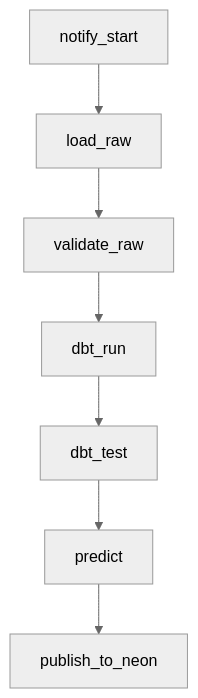
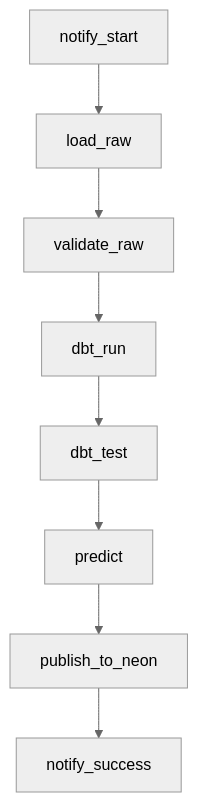
The second of 2 diagrams in README.md (Ziad-wael-hassan/DataCo_Supply_Chain), drawn with Mermaid (neutral theme) before and after one commit. The commit also changed other lines of this file and 1 other file, not shown here.

````diff
--- a/README.md
+++ b/README.md
@@ -431,4 +87,10 @@
 ```mermaid
 flowchart TD
-    NOTIFY_START["notify_start"] --> LOAD["load_raw"] --> VALIDATE["validate_raw"] --> DBT_RUN["dbt_run"] --> DBT_TEST["dbt_test"] --> PREDICT["predict"] --> PUBLISH["publish_to_neon"]
+    NS[notify_start] --> LR[load_raw]
+    LR --> VR[validate_raw]
+    VR --> DR[dbt_run]
+    DR --> DT[dbt_test]
+    DT --> PR[predict]
+    PR --> PN[publish_to_neon]
+    PN --> NX[notify_success]
 ```
````
